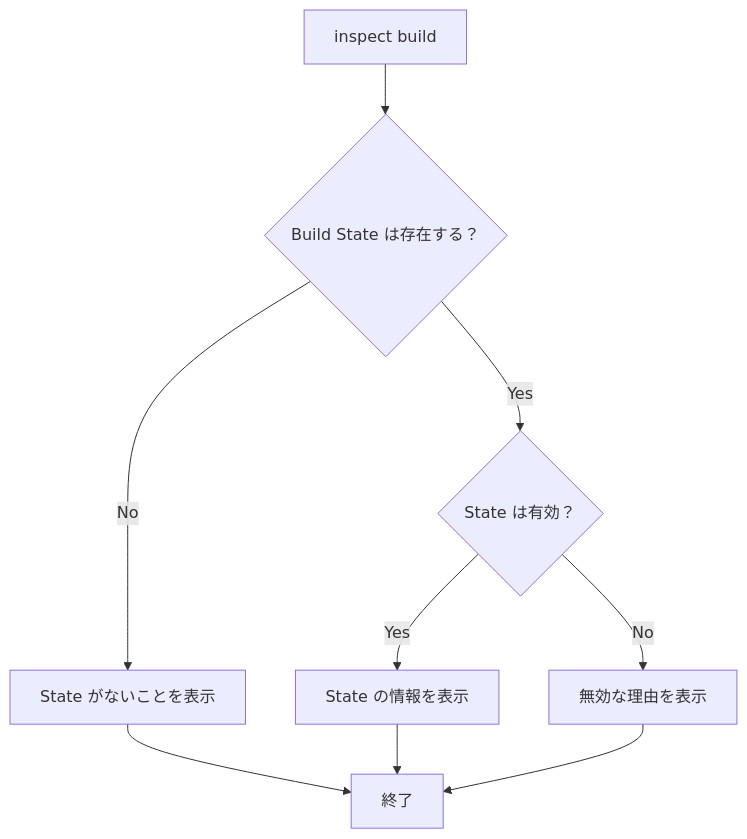
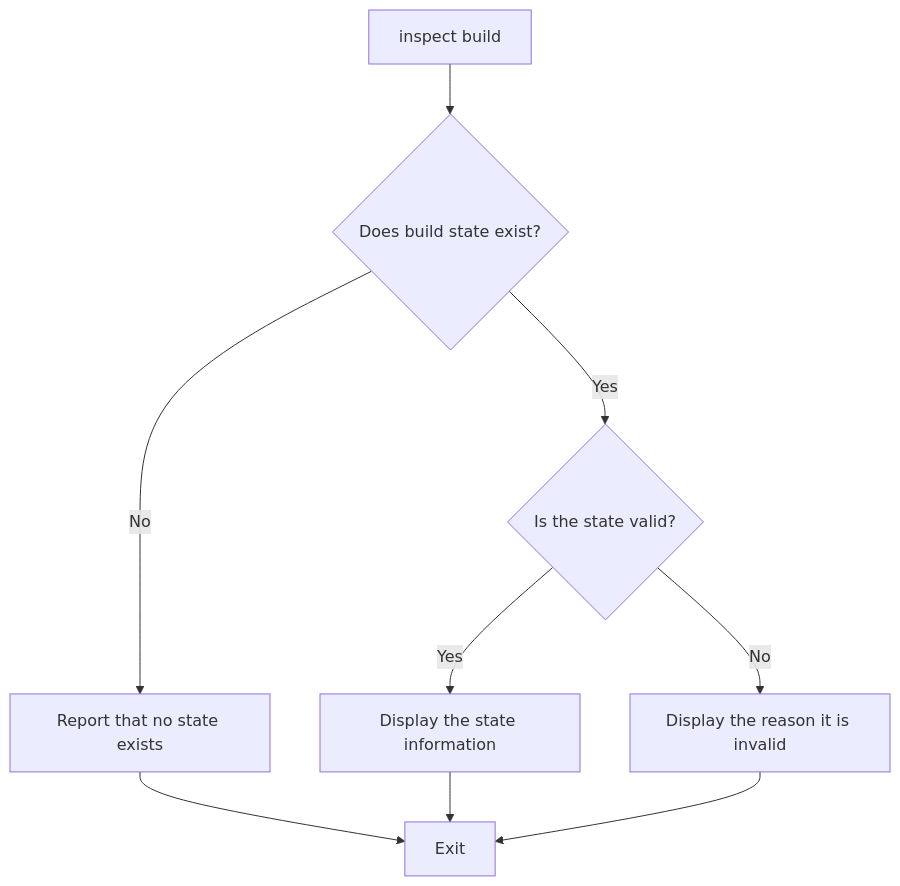
One commit to Rerurate514/riebeckite changed the third of 4 diagrams in docs/docs/framework/inspector.md. Above: the diagram before and after it, drawn with Mermaid. The commit also changed other lines of this file and 604 other files, not shown here.

````diff
--- a/docs/docs/framework/inspector.md
+++ b/docs/docs/framework/inspector.md
@@ -146,16 +139,16 @@
-```mermaid id="25a2uw"
+```mermaid
 flowchart TD
     A["inspect build"]
-    B{"Build State は存在する？"}
+    B{"Does build state exist?"}
 
     A --> B
-    B -->|Yes| C{"State は有効？"}
-    B -->|No| D["State がないことを表示"]
+    B -->|Yes| C{"Is the state valid?"}
+    B -->|No| D["Report that no state exists"]
 
-    C -->|Yes| E["State の情報を表示"]
-    C -->|No| F["無効な理由を表示"]
+    C -->|Yes| E["Display the state information"]
+    C -->|No| F["Display the reason it is invalid"]
 
-    D --> G["終了"]
+    D --> G["Exit"]
     E --> G
     F --> G
 ```
````
